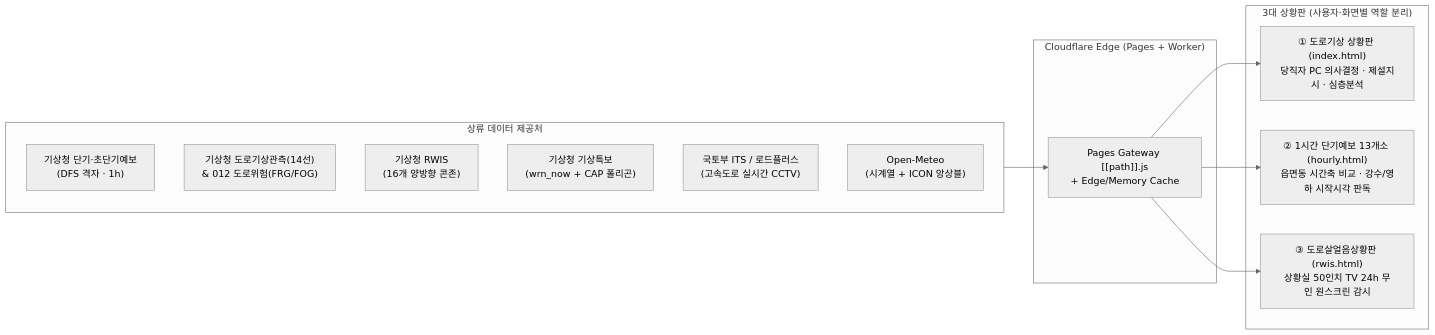
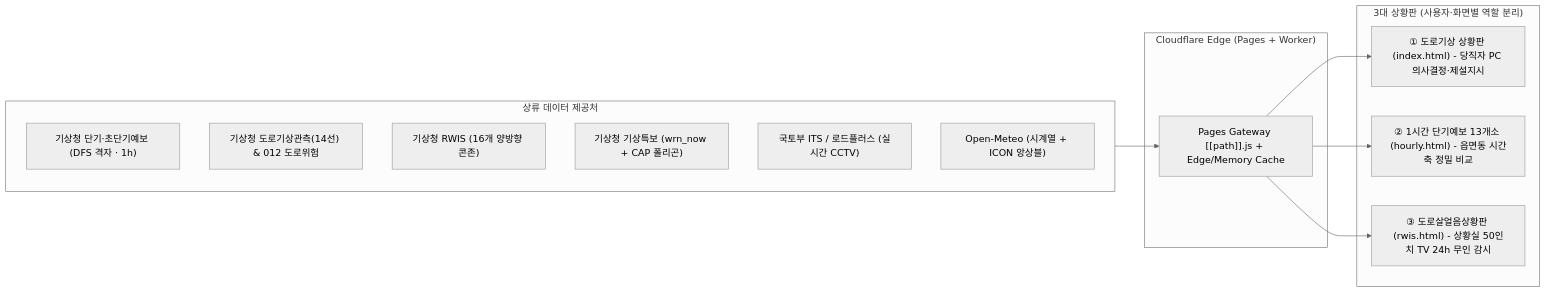
The first of 2 diagrams in docs/BIONDA_COMPREHENSIVE_REVIEW.md (PoeticEcho/bionda), drawn with Mermaid (neutral theme) before and after one commit. The commit also changed other lines of this file and 3 other files, not shown here.

````diff
--- a/docs/BIONDA_COMPREHENSIVE_REVIEW.md
+++ b/docs/BIONDA_COMPREHENSIVE_REVIEW.md
@@ -24,26 +25,26 @@
 ```mermaid
 flowchart LR
   subgraph S["상류 데이터 제공처"]
-    KMA_FCST["기상청 단기·초단기예보\n(DFS 격자 · 1h)"]
-    KMA_ROAD["기상청 도로기상관측(14선)\n& 012 도로위험(FRG/FOG)"]
-    KMA_RWIS["기상청 RWIS\n(16개 양방향 콘존)"]
-    KMA_WRN["기상청 기상특보\n(wrn_now + CAP 폴리곤)"]
-    ITS["국토부 ITS / 로드플러스\n(고속도로 실시간 CCTV)"]
-    OM["Open-Meteo\n(시계열 + ICON 앙상블)"]
+    KMA_FCST["기상청 단기·초단기예보 (DFS 격자 · 1h)"]
+    KMA_ROAD["기상청 도로기상관측(14선) & 012 도로위험"]
+    KMA_RWIS["기상청 RWIS (16개 양방향 콘존)"]
+    KMA_WRN["기상청 기상특보 (wrn_now + CAP 폴리곤)"]
+    ITS["국토부 ITS / 로드플러스 (실시간 CCTV)"]
+    OM["Open-Meteo (시계열 + ICON 앙상블)"]
   end
 
   subgraph E["Cloudflare Edge (Pages + Worker)"]
-    GW["Pages Gateway [[path]].js\n+ Edge/Memory Cache"]
+    GW["Pages Gateway [[path]].js + Edge/Memory Cache"]
   end
 
   subgraph U["3대 상황판 (사용자·화면별 역할 분리)"]
-    P1["① 도로기상 상황판 (index.html)\n당직자 PC 의사결정 · 제설지시 · 심층분석"]
-    P2["② 1시간 단기예보 13개소 (hourly.html)\n읍면동 시간축 비교 · 강수/영하 시작시각 판독"]
-    P3["③ 도로살얼음상황판 (rwis.html)\n상황실 50인치 TV 24h 무인 원스크린 감시"]
+    P1["① 도로기상 상황판 (index.html) - 당직자 PC 의사결정·제설지시"]
+    P2["② 1시간 단기예보 13개소 (hourly.html) - 읍면동 시간축 정밀 비교"]
+    P3["③ 도로살얼음상황판 (rwis.html) - 상황실 50인치 TV 24h 무인 감시"]
   end
 
   S --> GW
   GW --> P1
   GW --> P2
   GW --> P3
 ```
````
